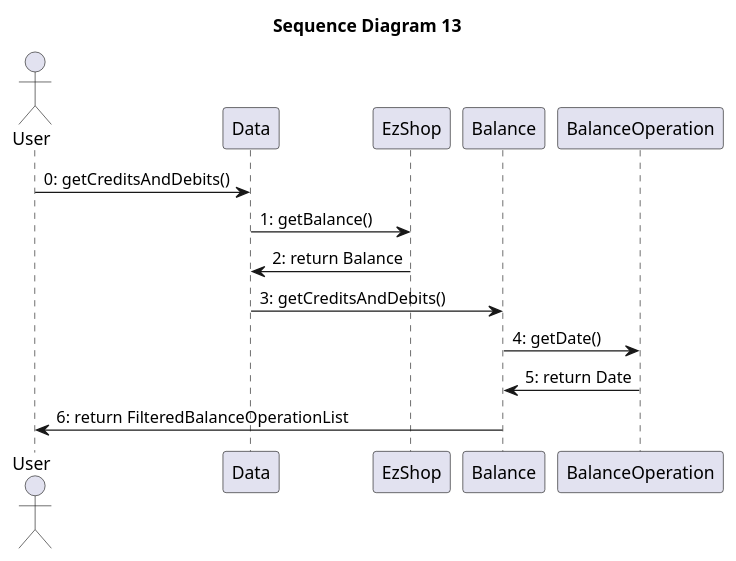
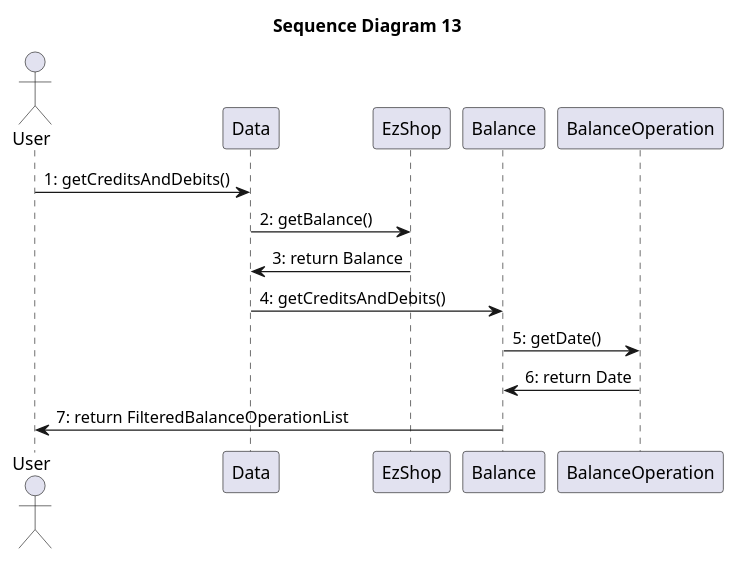
Diagram 15 of 15 in Deliverables/DesignDocument.md (paolotron/EzshoProject31), drawn with PlantUML before and after one commit. The commit also changed other lines of this file, not shown here.

````diff
--- a/Deliverables/DesignDocument.md
+++ b/Deliverables/DesignDocument.md
@@ -730,19 +732,19 @@
 ```plantuml
 @startuml
 title "Sequence Diagram 13"
 actor User
 participant Data
 participant EzShop
 participant Balance
 participant BalanceOperation
 
-User -> Data: 0: getCreditsAndDebits()
-Data -> EzShop: 1: getBalance()
-EzShop -> Data: 2: return Balance
-Data -> Balance: 3: getCreditsAndDebits()
-Balance -> BalanceOperation: 4: getDate()
-BalanceOperation -> Balance: 5: return Date
-Balance -> User: 6: return FilteredBalanceOperationList
+User -> Data: 1: getCreditsAndDebits()
+Data -> EzShop: 2: getBalance()
+EzShop -> Data: 3: return Balance
+Data -> Balance: 4: getCreditsAndDebits()
+Balance -> BalanceOperation: 5: getDate()
+BalanceOperation -> Balance: 6: return Date
+Balance -> User: 7: return FilteredBalanceOperationList
 
 @enduml
 ```
````
